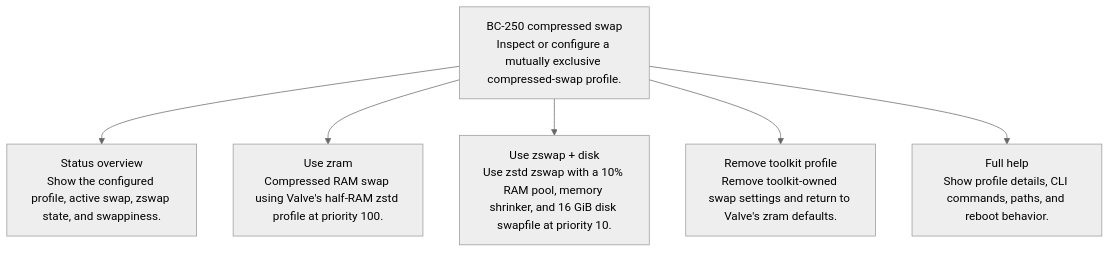
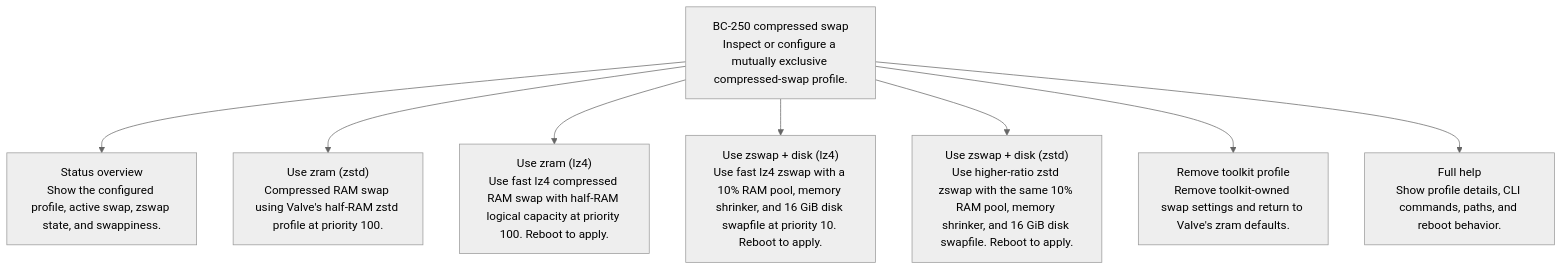
One commit to keyboardspecialist/bc250-steamos changed the diagram in menus/swap.mmd. Above: the diagram before and after it, drawn with Mermaid (neutral theme). The commit also changed 8 other files, not shown here.

```diff
--- a/menus/swap.mmd
+++ b/menus/swap.mmd
@@ -1,15 +1,19 @@
 %% menu-flow-v1
 flowchart TD
 
 menu__root["BC-250 compressed swap<br/>Inspect or configure a mutually exclusive compressed-swap profile."]:::root
 action__status["Status overview<br/>Show the configured profile, active swap, zswap state, and swappiness."]:::read_only
-action__zram["Use zram<br/>Compressed RAM swap using Valve's half-RAM zstd profile at priority 100."]:::install
-action__zswap["Use zswap + disk<br/>Use zstd zswap with a 10% RAM pool, memory shrinker, and 16 GiB disk swapfile at priority 10."]:::install
+action__zram["Use zram (zstd)<br/>Compressed RAM swap using Valve's half-RAM zstd profile at priority 100."]:::install
+action__zram_lz4["Use zram (lz4)<br/>Use fast lz4 compressed RAM swap with half-RAM logical capacity at priority 100. Reboot to apply."]:::install
+action__zswap["Use zswap + disk (lz4)<br/>Use fast lz4 zswap with a 10% RAM pool, memory shrinker, and 16 GiB disk swapfile at priority 10. Reboot to apply."]:::install
+action__zswap_zstd["Use zswap + disk (zstd)<br/>Use higher-ratio zstd zswap with the same 10% RAM pool, memory shrinker, and 16 GiB disk swapfile. Reboot to apply."]:::install
 action__remove["Remove toolkit profile<br/>Remove toolkit-owned swap settings and return to Valve's zram defaults."]:::cleanup
 action__help["Full help<br/>Show profile details, CLI commands, paths, and reboot behavior."]:::read_only
 
 menu__root --> action__status
 menu__root --> action__zram
+menu__root --> action__zram_lz4
 menu__root --> action__zswap
+menu__root --> action__zswap_zstd
 menu__root --> action__remove
 menu__root --> action__help
```
